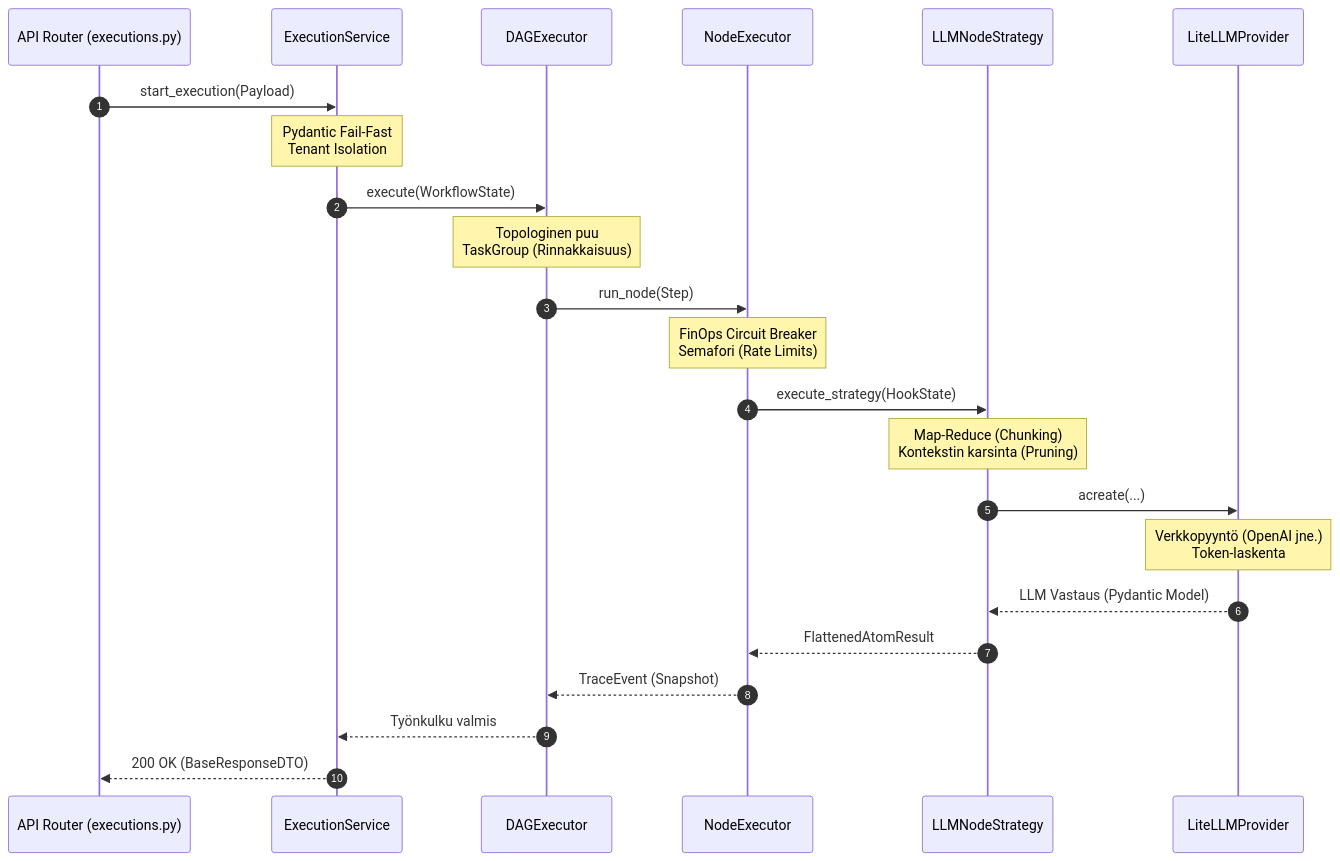
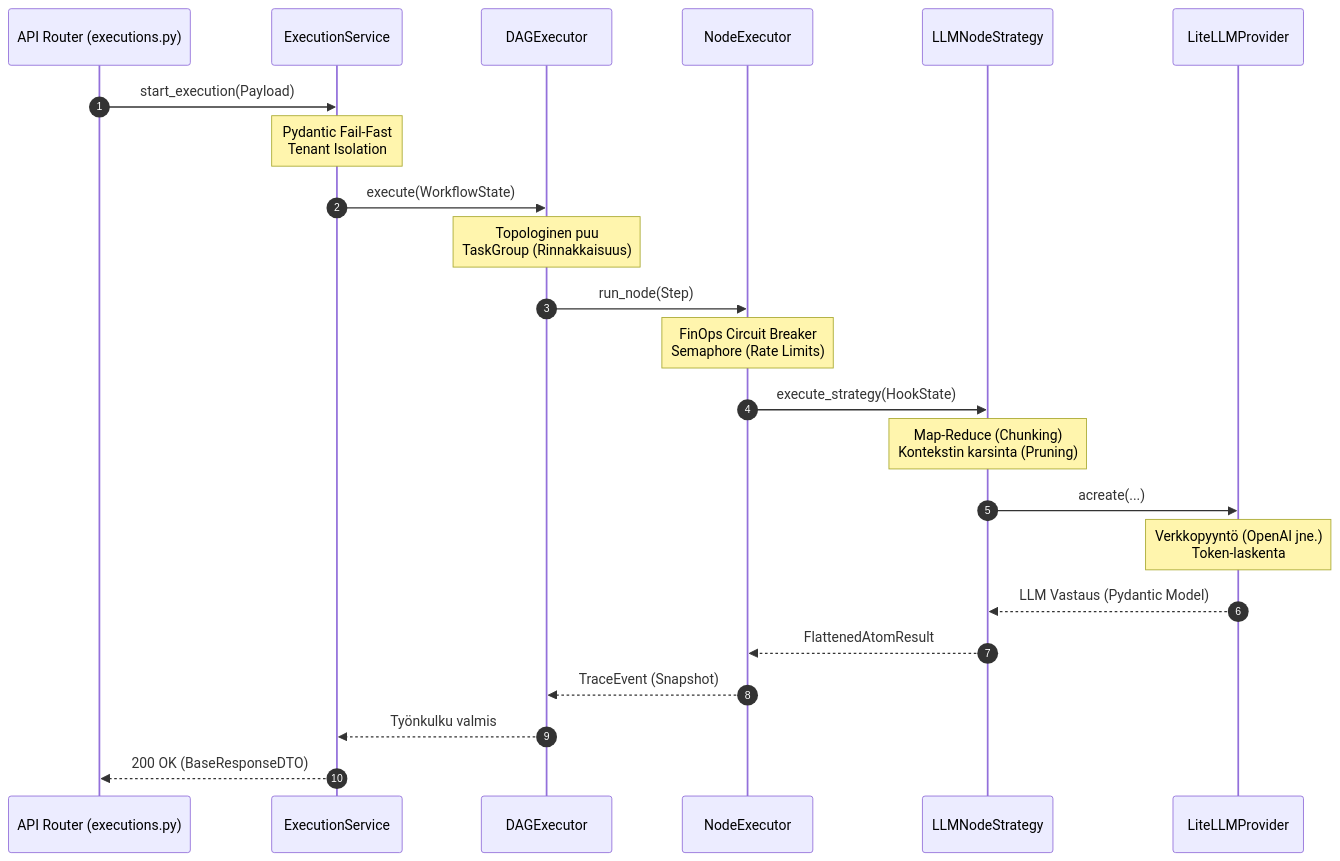
One commit to launis/quorum changed the first of 2 diagrams in docs/architecture/04_workflow_and_dag.md. Above: the diagram before and after it, drawn with Mermaid. The commit also changed other lines of this file and 84 other files, not shown here.

Commit message:
feat: implement V2 core architecture including orchestrator strategies, domain models, and unified enum-based system definitions.

````diff
--- a/docs/architecture/04_workflow_and_dag.md
+++ b/docs/architecture/04_workflow_and_dag.md
@@ -20,26 +20,26 @@
 ```mermaid
 sequenceDiagram
     autonumber
     participant API as API Router (executions.py)
     participant Exec as ExecutionService
     participant DAG as DAGExecutor
     participant Node as NodeExecutor
     participant Strat as LLMNodeStrategy
     participant LLM as LiteLLMProvider
     
     API->>Exec: start_execution(Payload)
     Note over Exec: Pydantic Fail-Fast<br/>Tenant Isolation
     Exec->>DAG: execute(WorkflowState)
     Note over DAG: Topologinen puu<br/>TaskGroup (Rinnakkaisuus)
     DAG->>Node: run_node(Step)
-    Note over Node: FinOps Circuit Breaker<br/>Semafori (Rate Limits)
+    Note over Node: FinOps Circuit Breaker<br/>Semaphore (Rate Limits)
     Node->>Strat: execute_strategy(HookState)
     Note over Strat: Map-Reduce (Chunking)<br/>Kontekstin karsinta (Pruning)
     Strat->>LLM: acreate(...)
     Note over LLM: Verkkopyyntö (OpenAI jne.)<br/>Token-laskenta
     LLM-->>Strat: LLM Vastaus (Pydantic Model)
     Strat-->>Node: FlattenedAtomResult
     Node-->>DAG: TraceEvent (Snapshot)
     DAG-->>Exec: Työnkulku valmis
     Exec-->>API: 200 OK (BaseResponseDTO)
 ```
````
